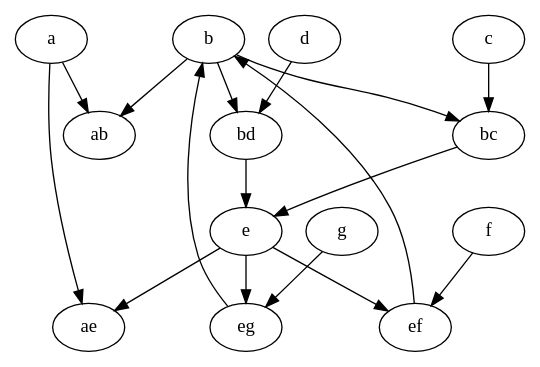
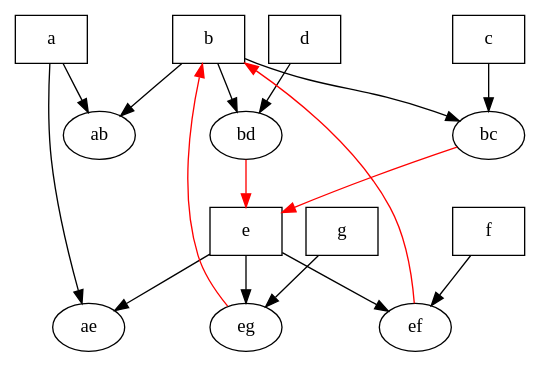
Before and after one commit to ArdooTala/Recon_Clustering: the diagram in assemblies/simple.dot, drawn with Graphviz. The commit also changed 15 other files, not shown here.

Commit message:
Add graph generation methods

```diff
--- a/assemblies/simple.dot
+++ b/assemblies/simple.dot
@@ -1,18 +1,21 @@
 digraph SIMPLE {
     // nodes
-    a b c d e f g [TYPE=PART]
+    a [shape=box]
+    b [shape=box]
+    c [shape=box]
+    d [shape=box]
+    e [shape=box]
+    f [shape=box]
+    g [shape=box]
 
-    // connections
-    ab ae bc bd ab ef eg ae [TYPE=CONN]
+    a -> {ab ae}
+    b -> {bc bd ab}
+    c -> bc
+    d -> bd
+    e -> {ef eg ae}
+    f -> ef
+    g -> eg
 
-    a -> {ab ae} [EDGE_TYPE="CONN"]
-    b -> {bc bd ab} [EDGE_TYPE="CONN"]
-    c -> bc [EDGE_TYPE="CONN"]
-    d -> bd [EDGE_TYPE="CONN"]
-    e -> {ef eg ae} [EDGE_TYPE="CONN"]
-    f -> ef [EDGE_TYPE="CONN"]
-    g -> eg [EDGE_TYPE="CONN"]
-
-    {bc bd} -> e [EDGE_TYPE="COLL"]
-    {ef eg} -> b [EDGE_TYPE="COLL"]
+    {bc bd} -> e [color=red]
+    {ef eg} -> b [color=red]
 }
```
